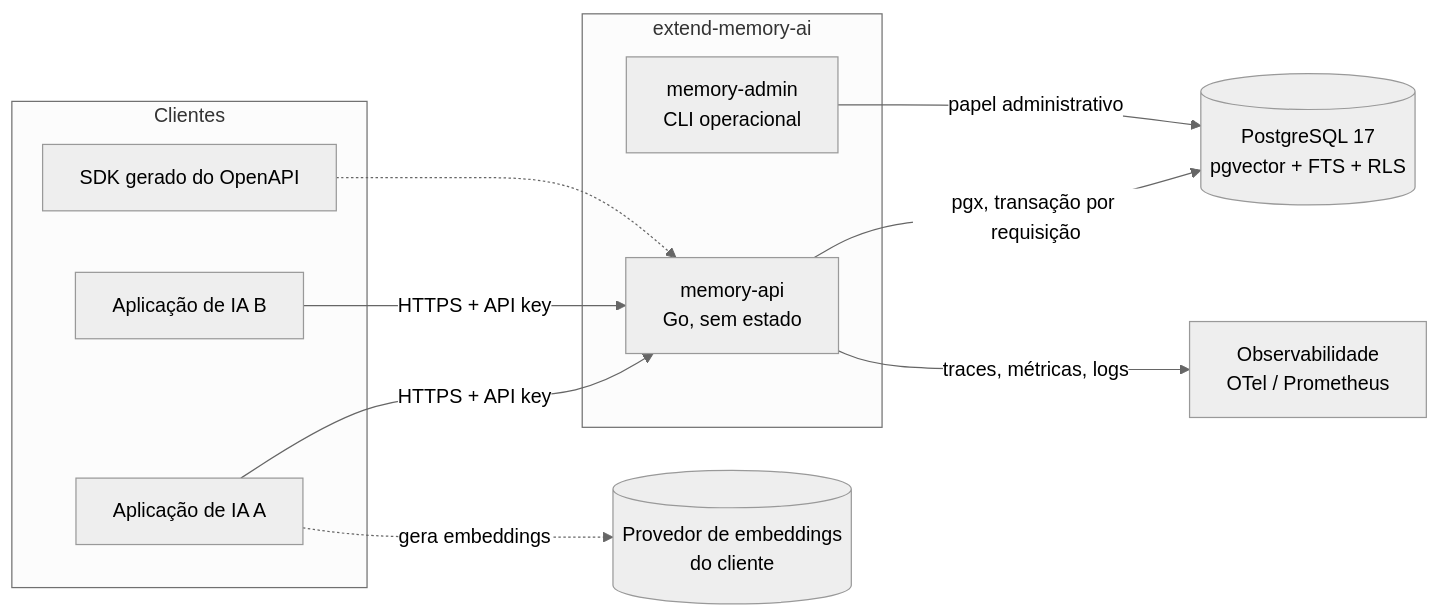
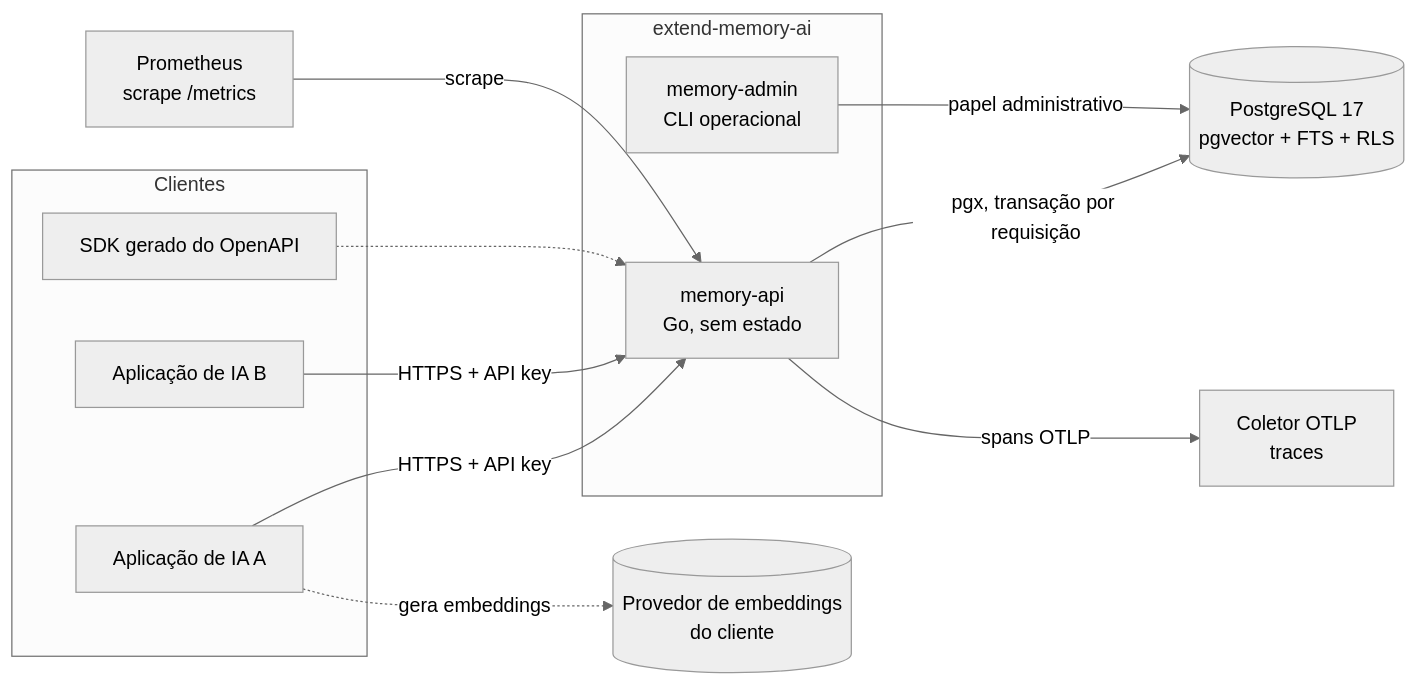
The first of 6 diagrams in docs/arquitetura-api.md (Tomelin/extend-memory-ai), drawn with Mermaid (neutral theme) before and after one commit. The commit also changed other lines of this file, not shown here.

Commit message:
docs: define Go stack (gin, sqlc, golang-migrate, slog, OpenTelemetry + Prometheus) (#2)

````diff
--- a/docs/arquitetura-api.md
+++ b/docs/arquitetura-api.md
@@ -37,25 +37,27 @@
 ```mermaid
 flowchart LR
     subgraph Clientes
         A1[Aplicação de IA A]
         A2[Aplicação de IA B]
         SDK[SDK gerado do OpenAPI]
     end
 
     subgraph extend-memory-ai
         API[memory-api<br/>Go, sem estado]
         ADM[memory-admin<br/>CLI operacional]
     end
 
     EMB[(Provedor de embeddings<br/>do cliente)]
     PG[(PostgreSQL 17<br/>pgvector + FTS + RLS)]
-    OBS[Observabilidade<br/>OTel / Prometheus]
+    PROM[Prometheus<br/>scrape /metrics]
+    OTLP[Coletor OTLP<br/>traces]
 
     A1 -- HTTPS + API key --> API
     A2 -- HTTPS + API key --> API
     SDK -.-> API
     A1 -. gera embeddings .-> EMB
     API -- pgx, transação por requisição --> PG
     ADM -- papel administrativo --> PG
-    API -- traces, métricas, logs --> OBS
+    PROM -- scrape --> API
+    API -- spans OTLP --> OTLP
 ```
````
